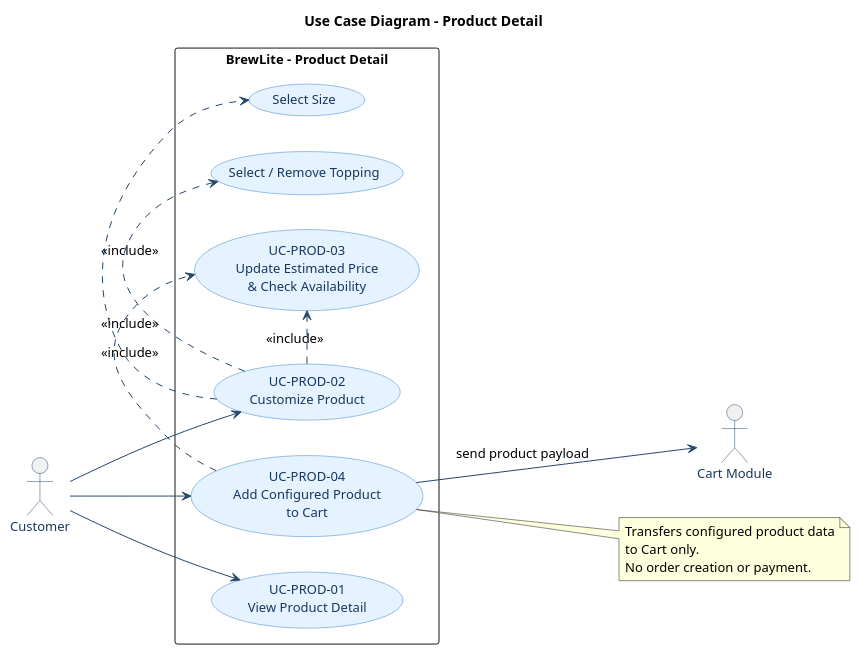
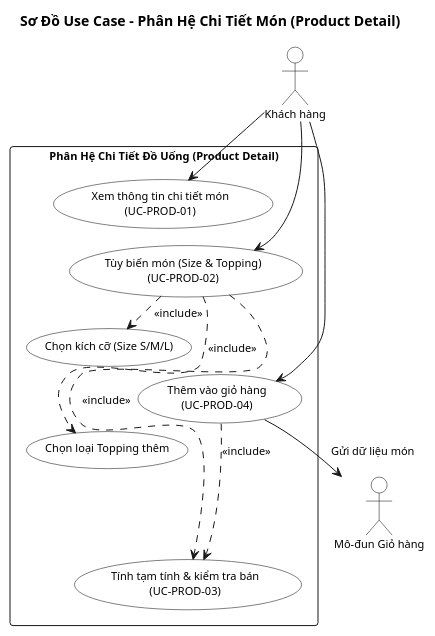
The diagram in docs/product-detail/usecase-product-detail.puml (ChienPM-27/BrewLite_02), drawn with PlantUML before and after one commit. The commit also changed 178 other files, not shown here.

Commit message:
docs(report): optimize diagrams layout and swimlanes for latex compilation

```diff
--- a/docs/product-detail/usecase-product-detail.puml
+++ b/docs/product-detail/usecase-product-detail.puml
@@ -1,48 +1,46 @@
-@startuml
-title Use Case Diagram - Product Detail
+@startuml usecase-product-detail
+title Sơ Đồ Use Case - Phân Hệ Chi Tiết Món (Product Detail)
 
-left to right direction
-skinparam backgroundColor white
+skinparam defaultFontName Arial
 skinparam shadowing false
-skinparam defaultFontName Arial
-skinparam defaultFontSize 13
-skinparam ArrowColor #24476B
+skinparam roundcorner 6
+skinparam defaultFontSize 11
+skinparam nodesep 14
+skinparam ranksep 16
+
+skinparam actor {
+    BackgroundColor white
+    BorderColor black
+}
 skinparam usecase {
-    BackgroundColor #E5F2FF
-    BorderColor #3984C6
-    FontColor #17365D
-}
-skinparam actor {
-    BorderColor #24476B
-    FontColor #17365D
+    BackgroundColor white
+    BorderColor black
 }
 
-actor "Customer" as C
-actor "Cart Module" as Cart
+actor "Khách hàng" as Customer
+actor "Mô-đun Giỏ hàng" as Cart
 
-rectangle "BrewLite - Product Detail" {
-    usecase "UC-PROD-01\nView Product Detail" as UC01
-    usecase "UC-PROD-02\nCustomize Product" as UC02
-    usecase "Select Size" as UC02A
-    usecase "Select / Remove Topping" as UC02B
-    usecase "UC-PROD-03\nUpdate Estimated Price\n& Check Availability" as UC03
-    usecase "UC-PROD-04\nAdd Configured Product\nto Cart" as UC04
+rectangle "Phân Hệ Chi Tiết Đồ Uống (Product Detail)" {
+    usecase "Xem thông tin chi tiết món\n(UC-PROD-01)" as UC01
+    usecase "Tùy biến món (Size & Topping)\n(UC-PROD-02)" as UC02
+    usecase "Chọn kích cỡ (Size S/M/L)" as UC02A
+    usecase "Chọn loại Topping thêm" as UC02B
+    usecase "Tính tạm tính & kiểm tra bán\n(UC-PROD-03)" as UC03
+    usecase "Thêm vào giỏ hàng\n(UC-PROD-04)" as UC04
 }
 
-C --> UC01
-C --> UC02
-C --> UC04
+Customer --> UC01
+Customer --> UC02
+Customer --> UC04
 
-UC02 .> UC02A : <<include>>
-UC02 .> UC02B : <<include>>
-UC02 .> UC03 : <<include>>
-UC04 .> UC03 : <<include>>
-UC04 --> Cart : send product payload
+UC02 ..> UC02A : <<include>>
+UC02 ..> UC02B : <<include>>
+UC02 ..> UC03 : <<include>>
+UC04 ..> UC03 : <<include>>
+UC04 --> Cart : Gửi dữ liệu món
 
-note right of UC04
-  Transfers configured product data
-  to Cart only.
-  No order creation or payment.
-end note
-
+UC01 -[hidden]down-> UC02
+UC02 -[hidden]down-> UC04
+UC02A -[hidden]down-> UC02B
+UC02B -[hidden]down-> UC03
 @enduml
```
